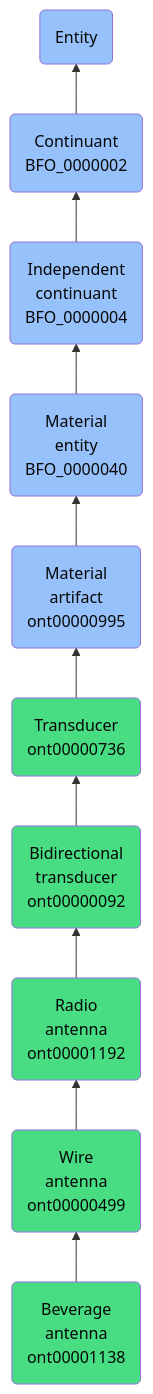
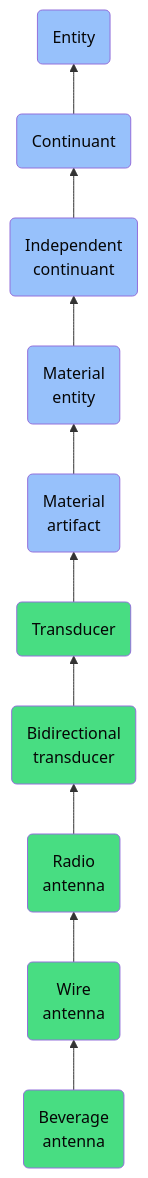
The diagram in docs/ontology/reference/model/Entity/Continuant/Independent continuant/Material entity/Material artifact/Transducer/Bidirectional transducer/Radio antenna/Wire antenna/Beverage antenna/Beverage antenna.md (jupyter-naas/abi), drawn with Mermaid before and after one commit. The commit also changed other lines of this file and 1430 other files, not shown here.

````diff
--- a/docs/ontology/reference/model/Entity/Continuant/Independent continuant/Material entity/Material artifact/Transducer/Bidirectional transducer/Radio antenna/Wire antenna/Beverage antenna/Beverage antenna.md
+++ b/docs/ontology/reference/model/Entity/Continuant/Independent continuant/Material entity/Material artifact/Transducer/Bidirectional transducer/Radio antenna/Wire antenna/Beverage antenna/Beverage antenna.md
@@ -24,17 +24,17 @@
 ```mermaid
 graph BT
-    ont00001138(Beverage<br>antenna<br>ont00001138):::ABI-->ont00000499
-    ont00000499(Wire<br>antenna<br>ont00000499):::ABI-->ont00001192
-    ont00001192(Radio<br>antenna<br>ont00001192):::ABI-->ont00000092
-    ont00000092(Bidirectional<br>transducer<br>ont00000092):::ABI-->ont00000736
-    ont00000736(Transducer<br>ont00000736):::ABI-->ont00000995
-    ont00000995(Material<br>artifact<br>ont00000995):::BFO-->BFO_0000040
-    BFO_0000040(Material<br>entity<br>BFO_0000040):::BFO-->BFO_0000004
-    BFO_0000004(Independent<br>continuant<br>BFO_0000004):::BFO-->BFO_0000002
-    BFO_0000002(Continuant<br>BFO_0000002):::BFO-->BFO_0000001
+    ont00001138(Beverage<br>antenna):::ABI-->ont00000499
+    ont00000499(Wire<br>antenna):::ABI-->ont00001192
+    ont00001192(Radio<br>antenna):::ABI-->ont00000092
+    ont00000092(Bidirectional<br>transducer):::ABI-->ont00000736
+    ont00000736(Transducer):::ABI-->ont00000995
+    ont00000995(Material<br>artifact):::BFO-->BFO_0000040
+    BFO_0000040(Material<br>entity):::BFO-->BFO_0000004
+    BFO_0000004(Independent<br>continuant):::BFO-->BFO_0000002
+    BFO_0000002(Continuant):::BFO-->BFO_0000001
     BFO_0000001(Entity):::BFO
     
     classDef BFO fill:#97c1fb,color:#060606
     classDef CCO fill:#e4c51e,color:#060606
     classDef ABI fill:#48DD82,color:#060606
 ```
````
